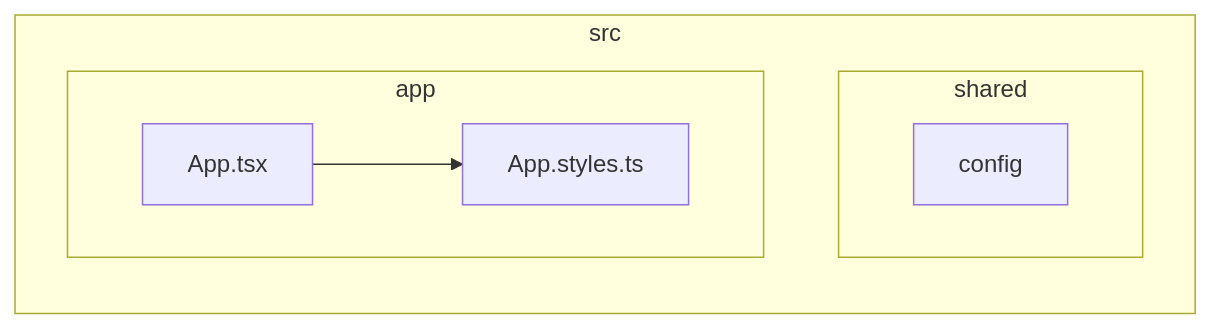
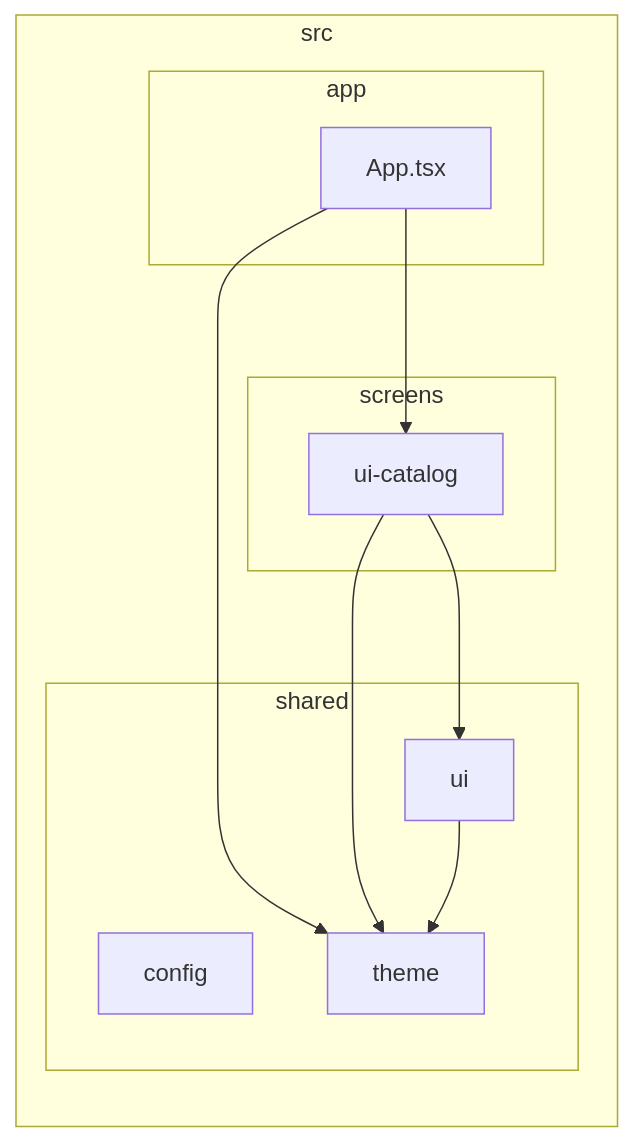
The diagram in docs/architecture-graph.md (kolarus/gh-reposcout), drawn with Mermaid before and after one commit. The commit also changed 52 other files, not shown here.

````diff
--- a/docs/architecture-graph.md
+++ b/docs/architecture-graph.md
@@ -6,14 +6,22 @@
 ```mermaid
 flowchart LR
 
 subgraph 0["src"]
 subgraph 1["app"]
-2["App.styles.ts"]
-3["App.tsx"]
+2["App.tsx"]
 end
-subgraph 4["shared"]
-5["config"]
+subgraph 3["screens"]
+4["ui-catalog"]
+end
+subgraph 5["shared"]
+6["config"]
+7["theme"]
+8["ui"]
 end
 end
-3-->2
+2-->4
+2-->7
+4-->7
+4-->8
+8-->7
 ```
````
